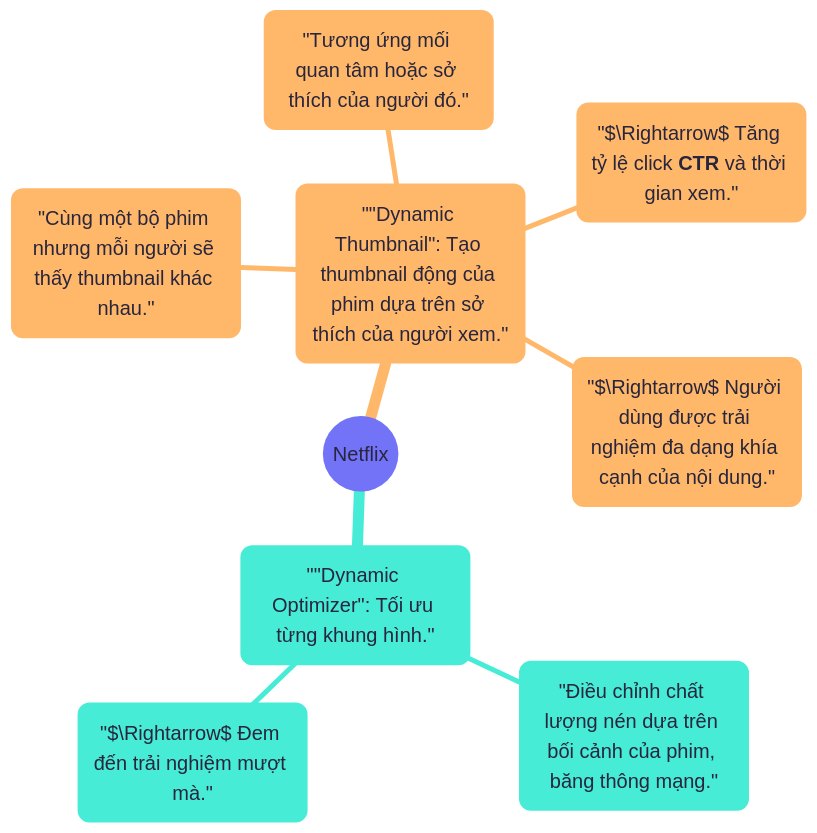
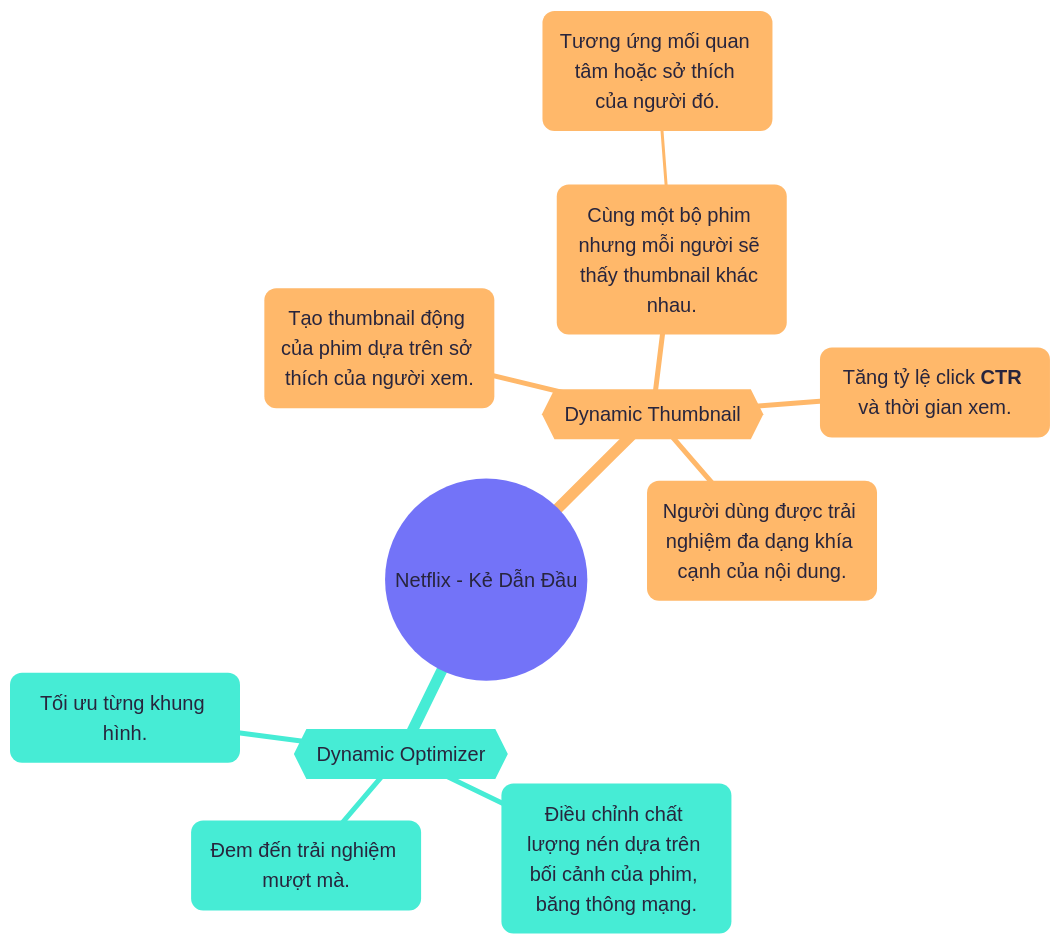
The diagram in content/diagrams/chapter02-netflix.mmd (sam-uit/typst-report-template), drawn with Mermaid before and after one commit.

```diff
--- a/content/diagrams/chapter02-netflix.mmd
+++ b/content/diagrams/chapter02-netflix.mmd
@@ -1,17 +1,19 @@
 ---
 config:
   theme: redux-color
   themeVariables:
     fontFamily: Google Sans
     fontSize: 20px
 ---
 mindmap
-  root(("Netflix"))
-    "#quot;Dynamic Optimizer#quot;: Tối ưu từng khung hình."
-        "Điều chỉnh chất lượng nén dựa trên bối cảnh của phim, băng thông mạng."
-        "$\Rightarrow$ Đem đến trải nghiệm mượt mà."
-    "#quot;Dynamic Thumbnail#quot;: Tạo thumbnail động của phim dựa trên sở thích của người xem."
-        "Cùng một bộ phim nhưng mỗi người sẽ thấy thumbnail khác nhau."
-        "Tương ứng mối quan tâm hoặc sở thích của người đó."
-        "$\Rightarrow$ Tăng tỷ lệ click **CTR** và thời gian xem."
-        "$\Rightarrow$ Người dùng được trải nghiệm đa dạng khía cạnh của nội dung."
+((Netflix - Kẻ Dẫn Đầu))
+  {{Dynamic Optimizer}}
+    Tối ưu từng khung hình.
+    Điều chỉnh chất lượng nén dựa trên bối cảnh của phim, băng thông mạng.
+    Đem đến trải nghiệm mượt mà.
+  {{Dynamic Thumbnail}}
+    Tạo thumbnail động của phim dựa trên sở thích của người xem.
+    Cùng một bộ phim nhưng mỗi người sẽ thấy thumbnail khác nhau.
+      Tương ứng mối quan tâm hoặc sở thích của người đó.
+    Tăng tỷ lệ click **CTR** và thời gian xem.
+    Người dùng được trải nghiệm đa dạng khía cạnh của nội dung.
```
